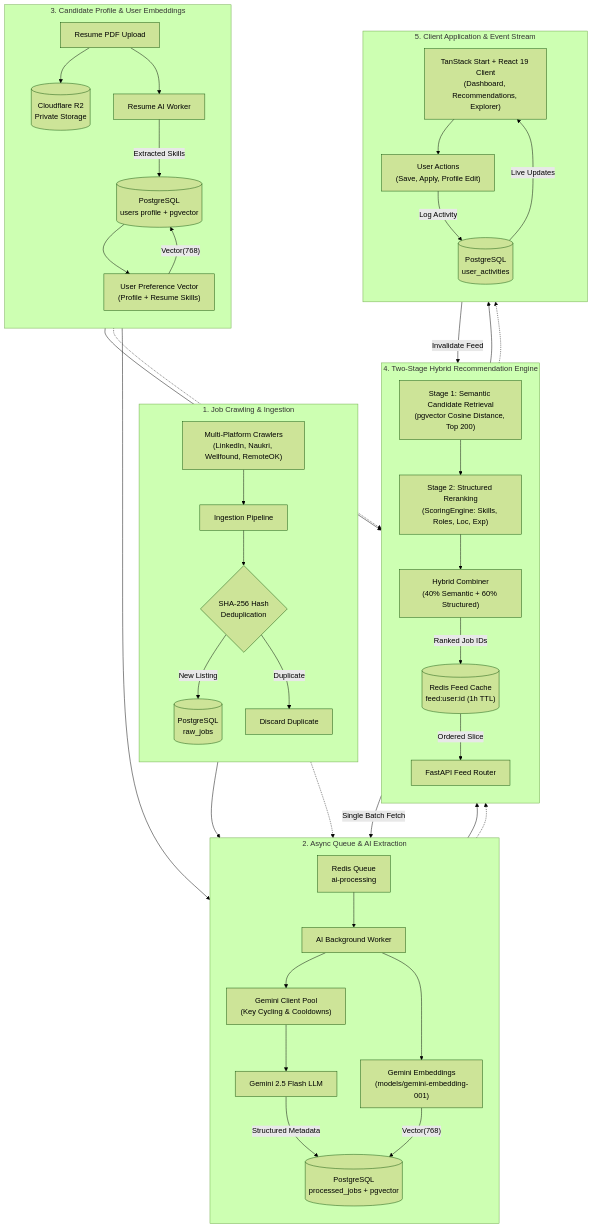
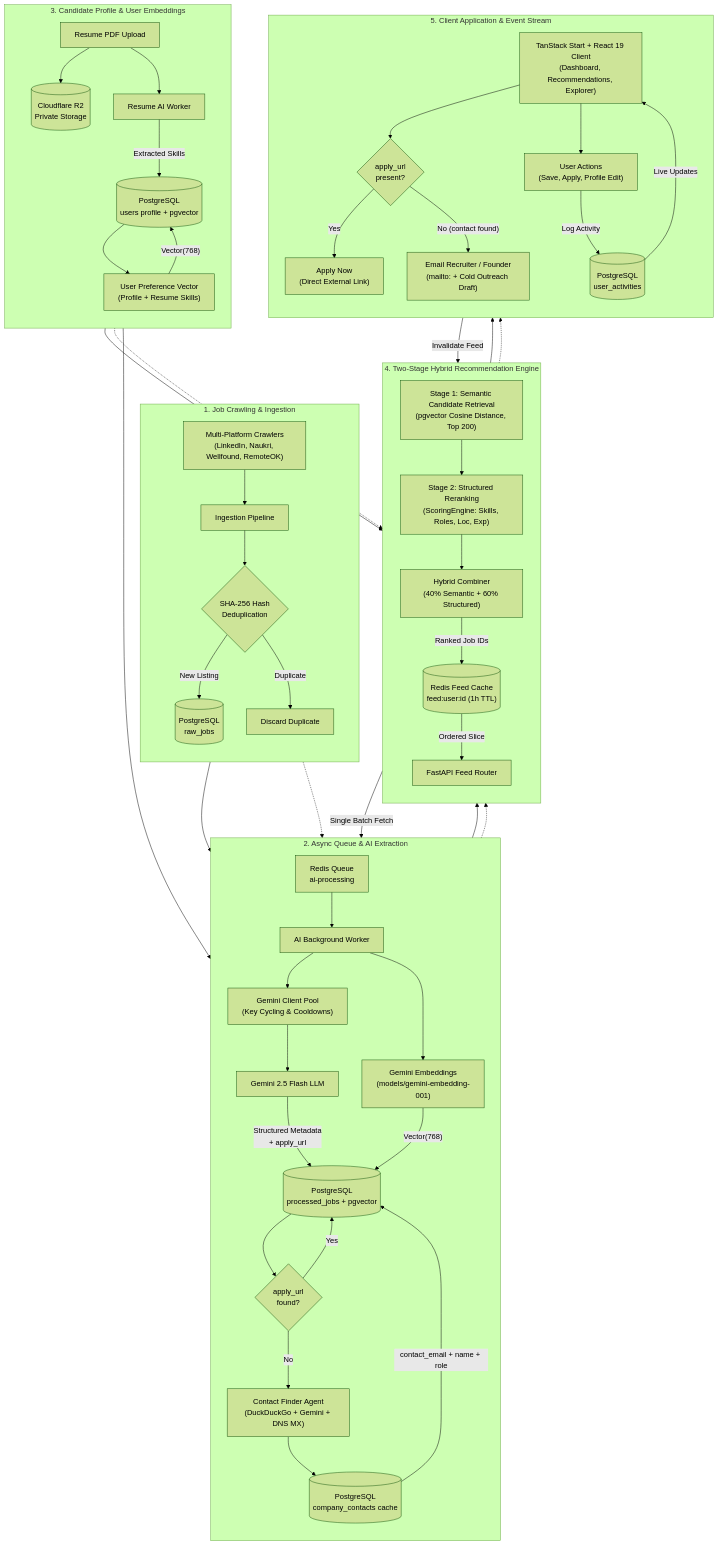
One commit to KALI-THE-HACKER/OpportuneAI changed the diagram in README.md. Above: the diagram before and after it, drawn with Mermaid (forest theme). The commit also changed other lines of this file and 18 other files, not shown here.

First line of the commit message:
feat(ai,jobs): add apply link extraction and autonomous contact finder agent

```diff
--- a/README.md
+++ b/README.md
@@ -46,11 +46,19 @@
         GEMINI["Gemini 2.5 Flash LLM"]
         EMBED_GEN["Gemini Embeddings\n(models/gemini-embedding-001)"]
         PROCESSED[("PostgreSQL\nprocessed_jobs + pgvector")]
+        APPLY_CHECK{"apply_url\nfound?"}
+        CONTACT_AGENT["Contact Finder Agent\n(DuckDuckGo + Gemini + DNS MX)"]
+        CONTACT_CACHE[("PostgreSQL\ncompany_contacts cache")]
 
         RAW --> RQ_AI --> AI_WORKER
         AI_WORKER --> GEMINI_POOL --> GEMINI
-        GEMINI -->|"Structured Metadata"| PROCESSED
+        GEMINI -->|"Structured Metadata\n+ apply_url"| PROCESSED
         AI_WORKER --> EMBED_GEN -->|"Vector(768)"| PROCESSED
+        PROCESSED --> APPLY_CHECK
+        APPLY_CHECK -->|"Yes"| PROCESSED
+        APPLY_CHECK -->|"No"| CONTACT_AGENT
+        CONTACT_AGENT --> CONTACT_CACHE
+        CONTACT_CACHE -->|"contact_email + name + role"| PROCESSED
     end
 
     %% 3. Candidate Profile & Resume Engine
@@ -88,10 +96,16 @@
     subgraph S5 ["5. Client Application & Event Stream"]
         direction TB
         REACT_APP["TanStack Start + React 19 Client\n(Dashboard, Recommendations, Explorer)"]
+        CTA{"apply_url\npresent?"}
+        DIRECT["Apply Now\n(Direct External Link)"]
+        OUTREACH["Email Recruiter / Founder\n(mailto: + Cold Outreach Draft)"]
         EVENTS["User Actions\n(Save, Apply, Profile Edit)"]
         NOTIFS[("PostgreSQL\nuser_activities")]
 
         FEED_API --> REACT_APP
+        REACT_APP --> CTA
+        CTA -->|"Yes"| DIRECT
+        CTA -->|"No (contact found)"| OUTREACH
         REACT_APP --> EVENTS
         EVENTS -->|"Invalidate Feed"| REDIS_CACHE
         EVENTS -->|"Log Activity"| NOTIFS
```
